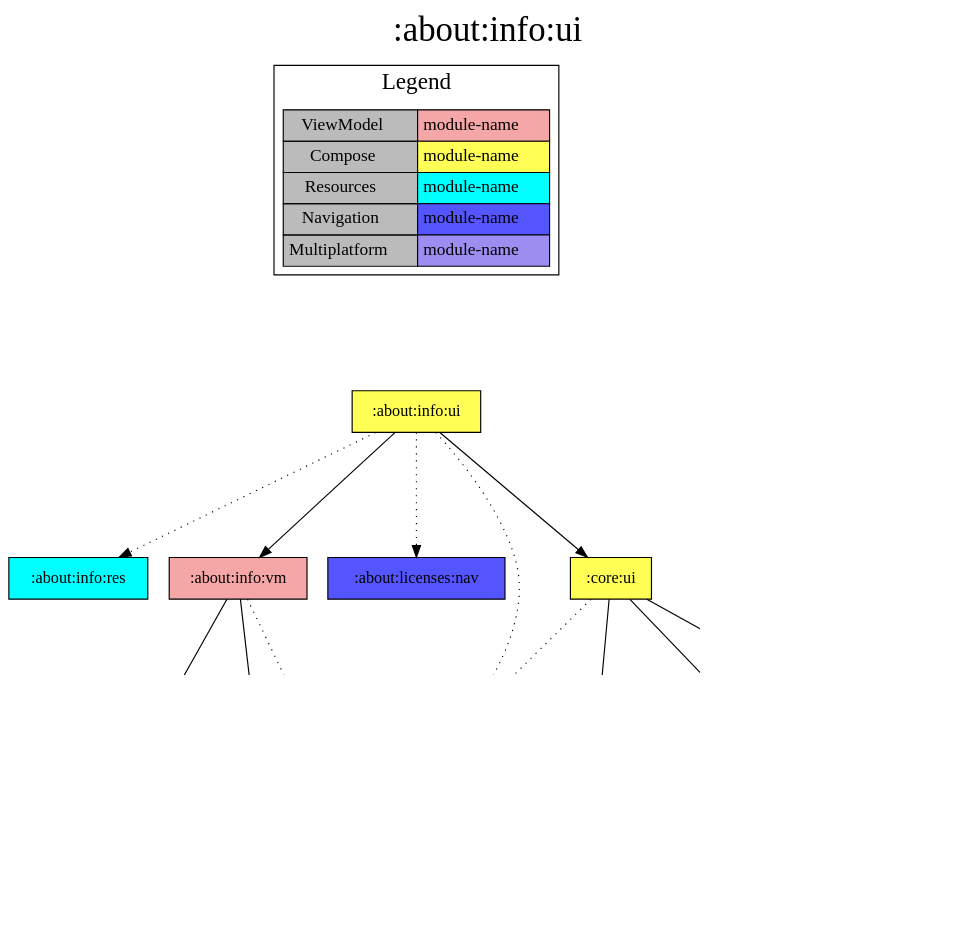
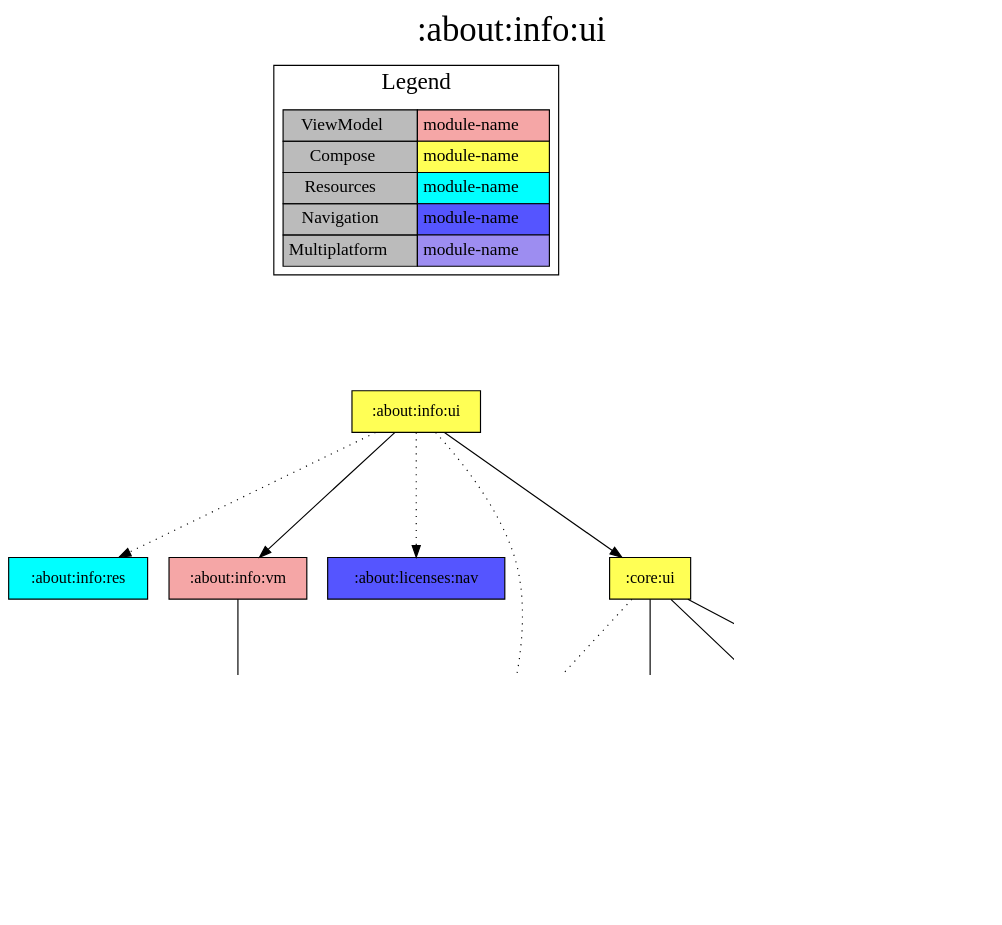
The diagram in modules/about/info/ui/project-dependency-graph.dot (jonapoul/aktual), drawn with Graphviz before and after one commit. The commit also changed 143 other files, not shown here.

```diff
--- a/modules/about/info/ui/project-dependency-graph.dot
+++ b/modules/about/info/ui/project-dependency-graph.dot
@@ -1,52 +1,44 @@
 digraph {
 edge ["dir"="forward"]
 graph ["dpi"="100","label"=":about:info:ui","labelloc"="t","fontsize"="30","ranksep"="1.5","rankdir"="TB"]
 node ["style"="filled"]
 ":about:info:data" ["fillcolor"="#9D8DF1","shape"="box"]
 ":about:info:res" ["fillcolor"="#00FFFF","shape"="box"]
 ":about:info:ui" ["fillcolor"="#FFFF55","shape"="box"]
 ":about:info:vm" ["fillcolor"="#F5A6A6","shape"="box"]
 ":about:licenses:nav" ["fillcolor"="#5555FF","shape"="box"]
 ":api:github" ["fillcolor"="#9D8DF1","shape"="box"]
-":core:buildconfig" ["fillcolor"="#9D8DF1","shape"="box"]
 ":core:colorscheme" ["fillcolor"="#9D8DF1","shape"="box"]
-":core:model" ["fillcolor"="#9D8DF1","shape"="box"]
 ":core:res" ["fillcolor"="#00FFFF","shape"="box"]
 ":core:ui" ["fillcolor"="#FFFF55","shape"="box"]
 ":core:versions" ["fillcolor"="#9D8DF1","shape"="box"]
-":log" ["fillcolor"="#9D8DF1","shape"="box"]
 ":url:model" ["fillcolor"="#9D8DF1","shape"="box"]
 {
 edge ["dir"="none"]
 graph ["rank"="same"]
 }
 ":about:info:data" -> ":api:github"
-":about:info:data" -> ":core:buildconfig"
 ":about:info:ui" -> ":about:info:res" ["style"="dotted"]
 ":about:info:ui" -> ":about:info:vm"
 ":about:info:ui" -> ":about:licenses:nav" ["style"="dotted"]
 ":about:info:ui" -> ":core:res" ["style"="dotted"]
 ":about:info:ui" -> ":core:ui"
 ":about:info:vm" -> ":about:info:data"
-":about:info:vm" -> ":core:buildconfig"
-":about:info:vm" -> ":log" ["style"="dotted"]
 ":core:ui" -> ":core:colorscheme"
 ":core:ui" -> ":core:res" ["style"="dotted"]
 ":core:ui" -> ":core:versions"
 ":core:ui" -> ":url:model"
-":core:versions" -> ":core:buildconfig"
-":url:model" -> ":core:model" ["style"="dotted"]
 subgraph "cluster_legend" {
 edge ["dir"="none"]
 graph ["label"="Legend","fontsize"="20"]
 "Legend" ["style"="filled","fillcolor"="#bbbbbb","shape"="none","margin"="0","fontsize"="15","label"=<
 <TABLE BORDER="0" CELLBORDER="1" CELLSPACING="0" CELLPADDING="4">
 <TR><TD>ViewModel</TD><TD BGCOLOR="#F5A6A6">module-name</TD></TR>
 <TR><TD>Compose</TD><TD BGCOLOR="#FFFF55">module-name</TD></TR>
 <TR><TD>Resources</TD><TD BGCOLOR="#00FFFF">module-name</TD></TR>
 <TR><TD>Navigation</TD><TD BGCOLOR="#5555FF">module-name</TD></TR>
 <TR><TD>Multiplatform</TD><TD BGCOLOR="#9D8DF1">module-name</TD></TR>
 </TABLE>
 >]
 } -> ":about:info:ui" ["style"="invis"]
 }
```
